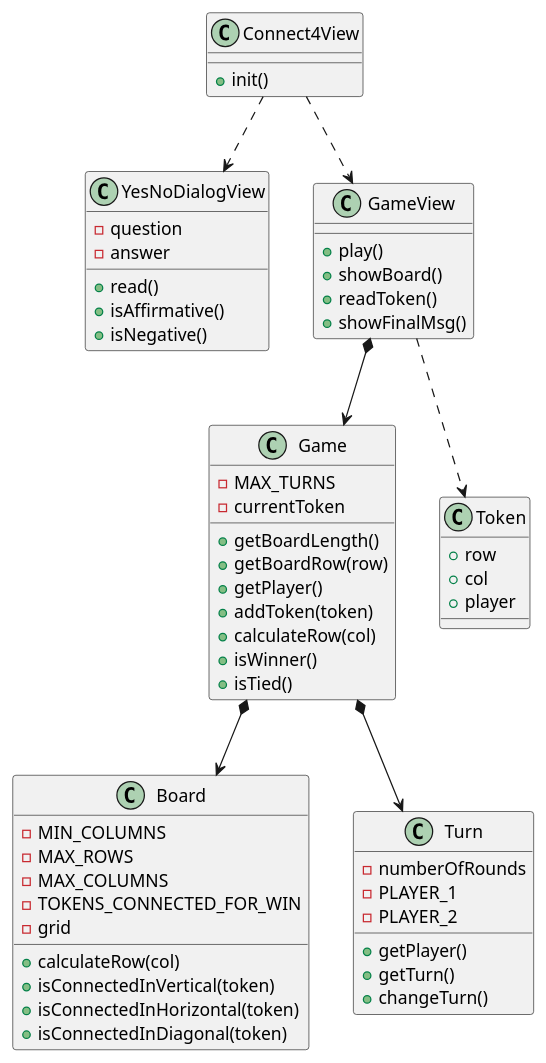
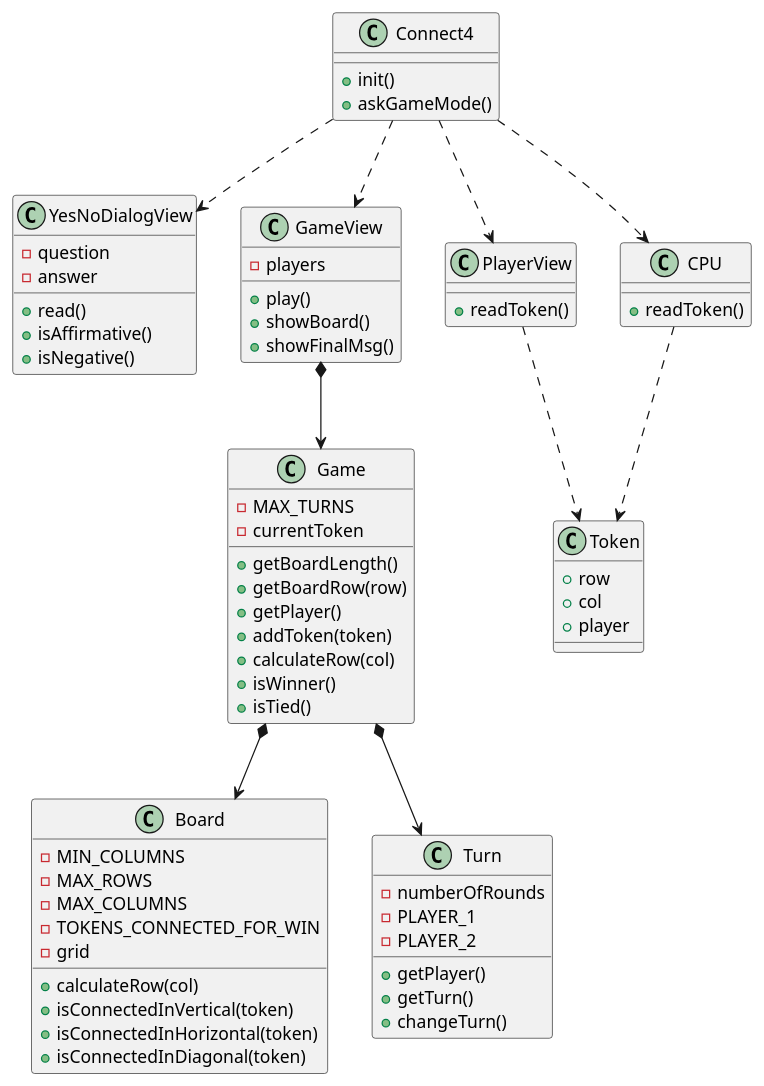
The diagram in con-vistas-separadas/diagramClass.plantuml (Edmundo-Ogaz/connect4), drawn with PlantUML before and after one commit. The commit also changed 7 other files, not shown here.

Commit message:
gameMode

```diff
--- a/con-vistas-separadas/diagramClass.plantuml
+++ b/con-vistas-separadas/diagramClass.plantuml
@@ -1,52 +1,60 @@
 @startuml
-Connect4View ..> YesNoDialogView
-Connect4View ..> GameView
-Connect4View : + init()
+Connect4 ..> YesNoDialogView
+Connect4 ..> GameView
+Connect4 : + init()
+Connect4 : + askGameMode()
+Connect4 ..> PlayerView
+Connect4 ..> CPU
 
 YesNoDialogView : - question
 YesNoDialogView : - answer
 YesNoDialogView : + read()
 YesNoDialogView : + isAffirmative()
 YesNoDialogView : + isNegative()
 
+CPU : + readToken()
+CPU ..>Token
+
+PlayerView : + readToken()
+PlayerView ..>Token
+
+GameView : - players
 GameView *--> Game
-GameView ..>Token
 GameView : + play()
 GameView : + showBoard()
-GameView : + readToken()
 GameView : + showFinalMsg()
 
 Game : - MAX_TURNS
 Game : - currentToken
 Game *--> Board
 Game *--> Turn
 Game : + getBoardLength()
 Game : + getBoardRow(row)
 Game : + getPlayer()
 Game : + addToken(token)
 Game : + calculateRow(col)
 Game : + isWinner()
 Game : + isTied()
 
 Board : - MIN_COLUMNS
 Board : - MAX_ROWS
 Board : - MAX_COLUMNS
 Board : - TOKENS_CONNECTED_FOR_WIN
 Board : - grid
 Board : + calculateRow(col)
 Board : + isConnectedInVertical(token)
 Board : + isConnectedInHorizontal(token)
 Board : + isConnectedInDiagonal(token)
 
 Turn : - numberOfRounds
 Turn : - PLAYER_1
 Turn : - PLAYER_2
 Turn : + getPlayer()
 Turn : + getTurn()
 Turn : + changeTurn()
 
 Token : + row
 Token : + col
 Token : + player
 
 @enduml
```
